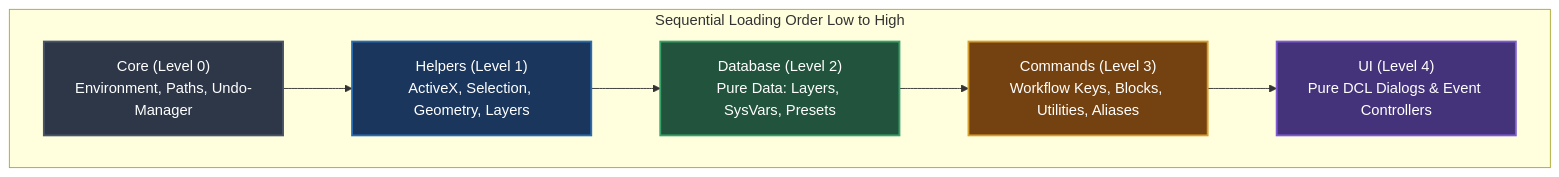
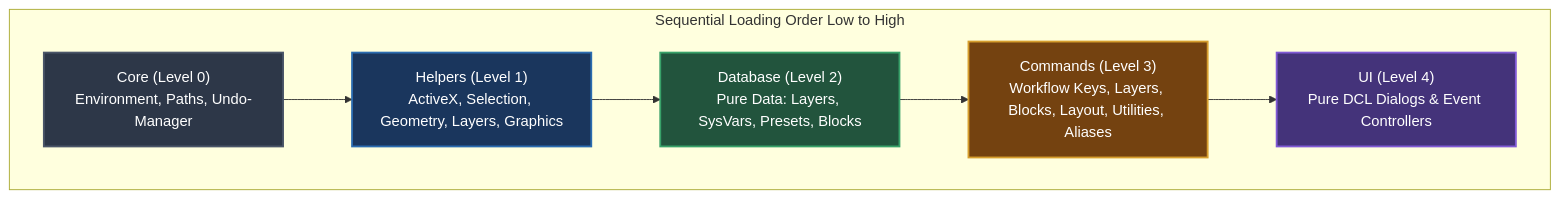
The first of 4 diagrams in ARCHITECTURE.md (Haseebpp/Cad-Setup-v4), drawn with Mermaid before and after one commit. The commit also changed other lines of this file and 1 other file, not shown here.

Commit message:
documentation-update --- Now remaster my ARCHITECTURE.md & DEVELOPER-GUIDE.md in any changes needed, as per the updates in the codebase, study and understand my codebase to refactor my documentations [/grill-me](slashCommand;grill-me)

````diff
--- a/ARCHITECTURE.md
+++ b/ARCHITECTURE.md
@@ -11,27 +11,27 @@
 ```mermaid
 graph TD
     subgraph Execution Order [Sequential Loading Order Low to High]
         L0["Core (Level 0)<br/>Environment, Paths, Undo-Manager"]
-        L1["Helpers (Level 1)<br/>ActiveX, Selection, Geometry, Layers"]
-        L2["Database (Level 2)<br/>Pure Data: Layers, SysVars, Presets"]
-        L3["Commands (Level 3)<br/>Workflow Keys, Blocks, Utilities, Aliases"]
+        L1["Helpers (Level 1)<br/>ActiveX, Selection, Geometry, Layers, Graphics"]
+        L2["Database (Level 2)<br/>Pure Data: Layers, SysVars, Presets, Blocks"]
+        L3["Commands (Level 3)<br/>Workflow Keys, Layers, Blocks, Layout, Utilities, Aliases"]
         L4["UI (Level 4)<br/>Pure DCL Dialogs & Event Controllers"]
     end
 
     L0 --> L1
     L1 --> L2
     L2 --> L3
     L3 --> L4
 
     classDef core fill:#2d3748,stroke:#4a5568,stroke-width:2px,color:#fff;
     classDef helper fill:#1a365d,stroke:#2b6cb0,stroke-width:2px,color:#fff;
     classDef db fill:#22543d,stroke:#38a169,stroke-width:2px,color:#fff;
     classDef cmd fill:#744210,stroke:#d69e2e,stroke-width:2px,color:#fff;
     classDef ui fill:#44337a,stroke:#805ad5,stroke-width:2px,color:#fff;
 
     class L0 core;
     class L1 helper;
     class L2 db;
     class L3 cmd;
     class L4 ui;
 ```
````
